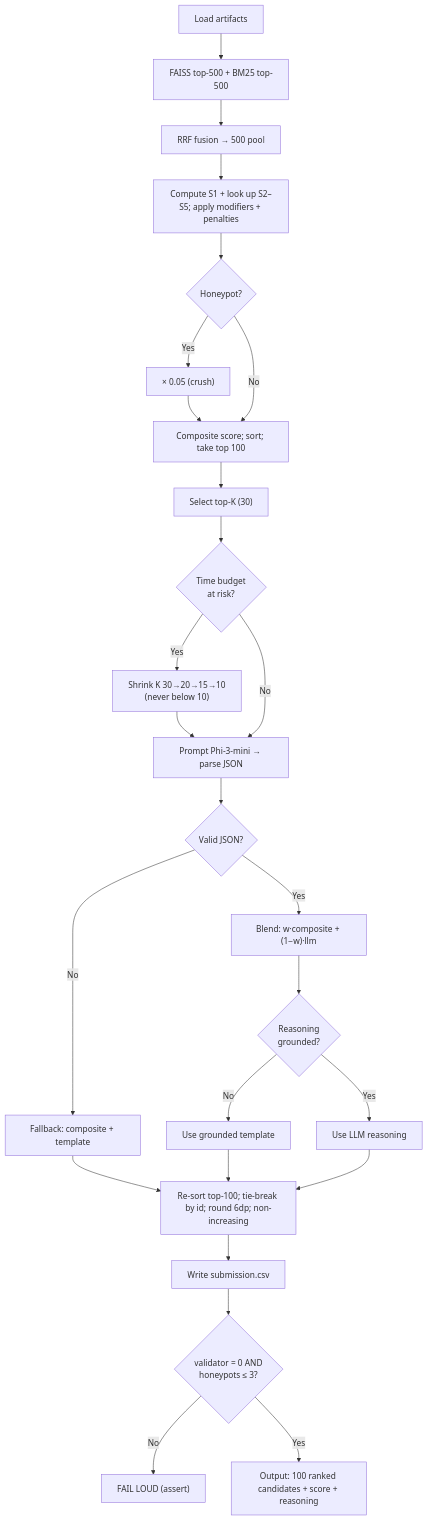
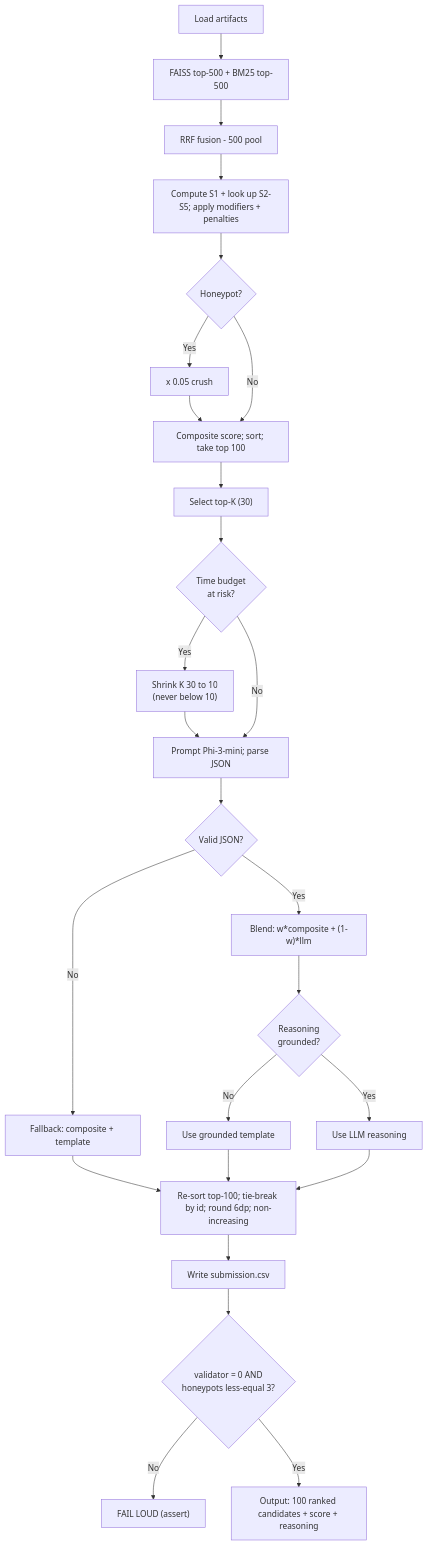
One commit to Mahakisore7/Red-Rob changed the second of 2 diagrams in README.md. Above: the diagram before and after it, drawn with Mermaid. The commit also changed other lines of this file, not shown here.

Commit message:
docs: fix README mermaid diagrams

````diff
--- a/README.md
+++ b/README.md
@@ -140,22 +150,22 @@
 ```mermaid
 flowchart TD
-  A["Load artifacts"] --> B["FAISS top-500 + BM25 top-500"] --> C["RRF fusion → 500 pool"]
-  C --> D["Compute S1 + look up S2–S5; apply modifiers + penalties"]
+  A["Load artifacts"] --> B["FAISS top-500 + BM25 top-500"] --> C["RRF fusion - 500 pool"]
+  C --> D["Compute S1 + look up S2-S5; apply modifiers + penalties"]
   D --> E{"Honeypot?"}
-  E -- Yes --> F["× 0.05 (crush)"] --> G
+  E -- Yes --> F["x 0.05 crush"] --> G
   E -- No --> G["Composite score; sort; take top 100"]
   G --> H["Select top-K (30)"]
   H --> I{"Time budget<br/>at risk?"}
-  I -- Yes --> J["Shrink K 30→20→15→10<br/>(never below 10)"] --> K
-  I -- No --> K["Prompt Phi-3-mini → parse JSON"]
+  I -- Yes --> J["Shrink K 30 to 10<br/>(never below 10)"] --> K
+  I -- No --> K["Prompt Phi-3-mini; parse JSON"]
   K --> L{"Valid JSON?"}
   L -- No --> M["Fallback: composite + template"] --> P
-  L -- Yes --> N["Blend: w·composite + (1−w)·llm"]
+  L -- Yes --> N["Blend: w*composite + (1-w)*llm"]
   N --> O{"Reasoning<br/>grounded?"}
   O -- No --> Q["Use grounded template"] --> P
   O -- Yes --> R["Use LLM reasoning"] --> P
   P["Re-sort top-100; tie-break by id; round 6dp; non-increasing"] --> S["Write submission.csv"]
-  S --> T{"validator = 0 AND<br/>honeypots ≤ 3?"}
+  S --> T{"validator = 0 AND<br/>honeypots less-equal 3?"}
   T -- No --> U["FAIL LOUD (assert)"]
   T -- Yes --> V["Output: 100 ranked candidates + score + reasoning"]
 ```
````
